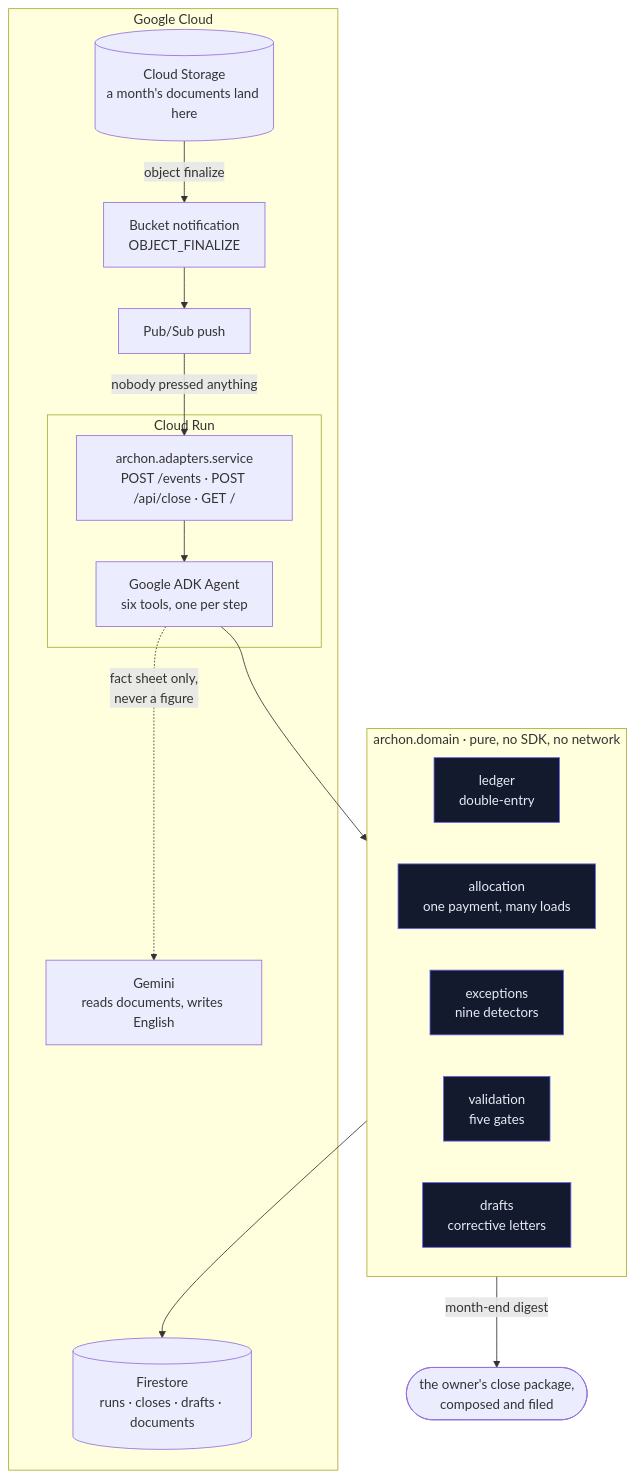
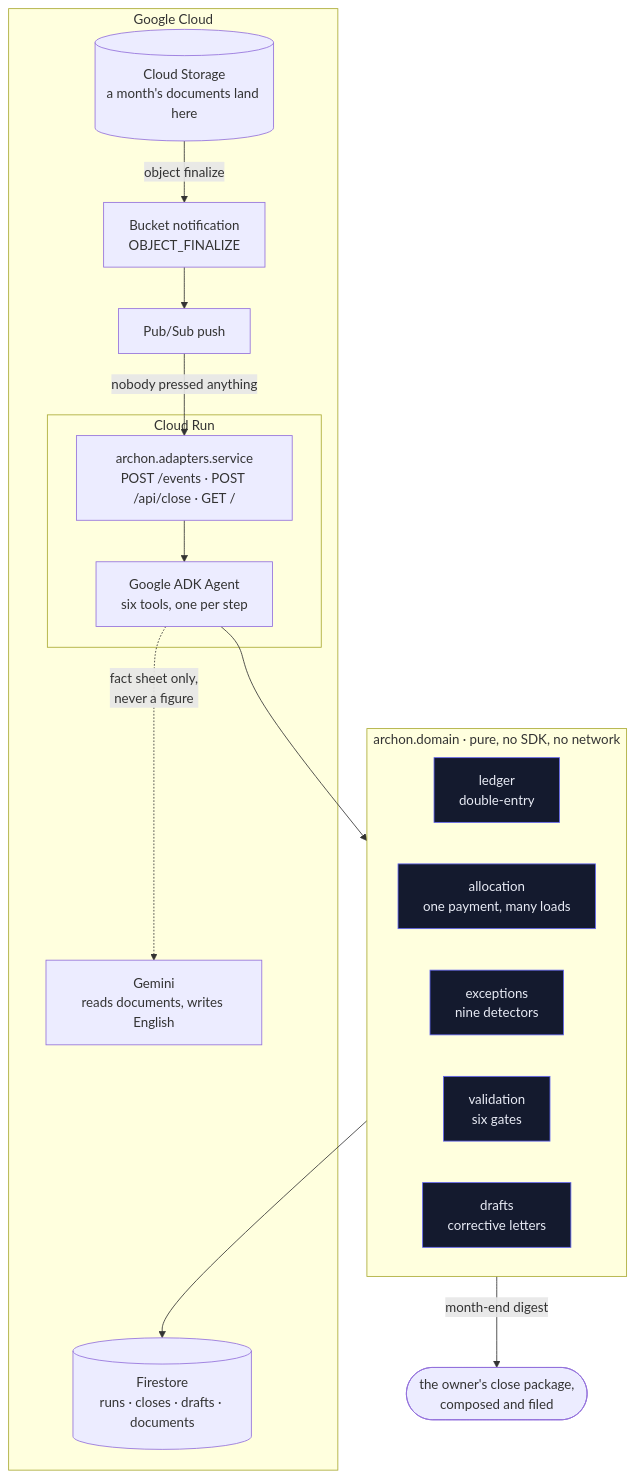
Before and after one commit to upgradedev/archon-gcp-agentic: the first of 2 diagrams in README.md, drawn with Mermaid. The commit also changed other lines of this file and 7 other files, not shown here.

````diff
--- a/README.md
+++ b/README.md
@@ -338,32 +339,32 @@
 ```mermaid
 flowchart TB
     subgraph gcp["Google Cloud"]
         gcs[("Cloud Storage<br/>a month's documents land here")]
         ea["Bucket notification<br/>OBJECT_FINALIZE"]
         ps["Pub/Sub push"]
         subgraph run["Cloud Run"]
             svc["archon.adapters.service<br/>POST /events · POST /api/close · GET /"]
             agent["Google ADK Agent<br/>six tools, one per step"]
         end
         fs[("Firestore<br/>runs · closes · drafts · documents")]
         gem["Gemini<br/>reads documents, writes English"]
     end
     owner(["the owner's close package,<br/>composed and filed"])
 
     gcs -->|object finalize| ea --> ps -->|nobody pressed anything| svc
     svc --> agent
     agent --> core
     subgraph core["archon.domain · pure, no SDK, no network"]
         ledger["ledger<br/>double-entry"]
         alloc["allocation<br/>one payment, many loads"]
         exc["exceptions<br/>nine detectors"]
-        val["validation<br/>five gates"]
+        val["validation<br/>six gates"]
         draft["drafts<br/>corrective letters"]
     end
     core --> fs
     agent -.->|fact sheet only,<br/>never a figure| gem
     core -->|month-end digest| owner
 
     classDef pure fill:#141a2e,stroke:#6366f1,color:#e8ebf5
     class ledger,alloc,exc,val,draft pure
 ```
````
